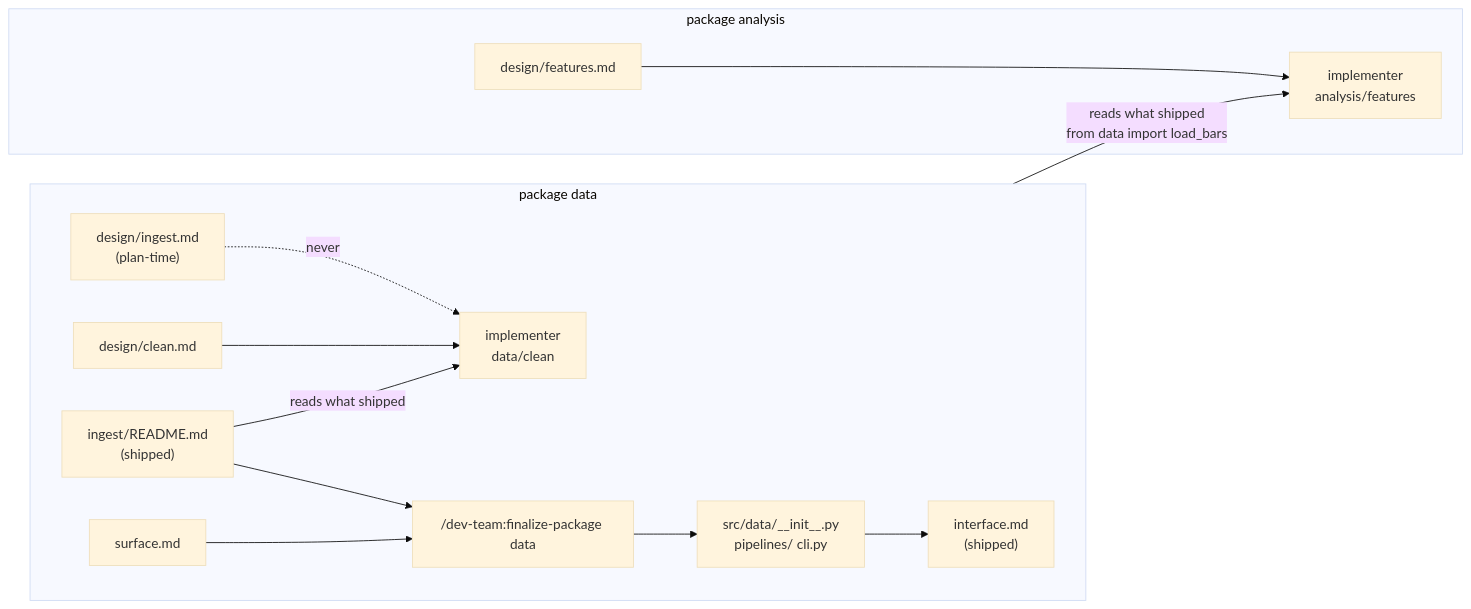
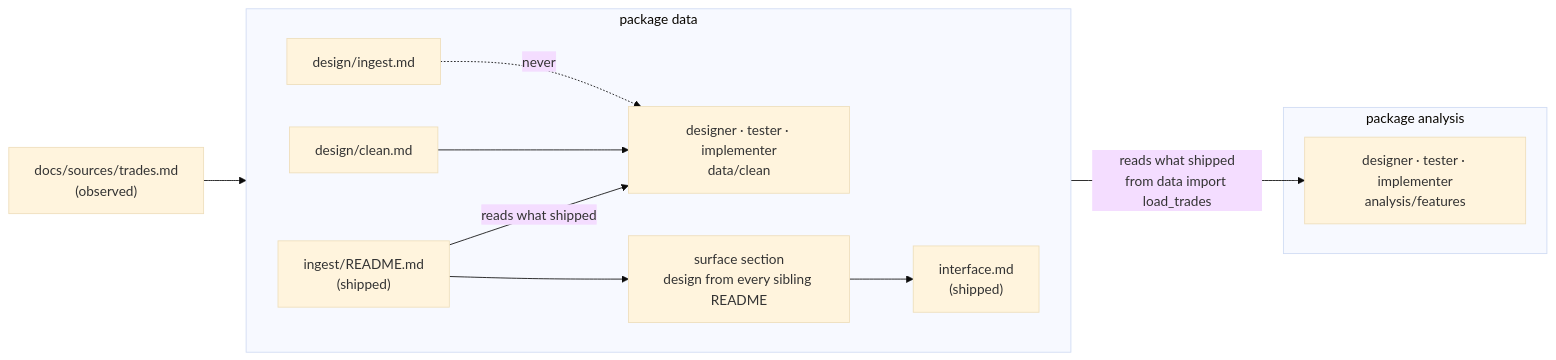
The first of 3 diagrams in dev-team/site/flow.md (cott435/cott-plugins), drawn with Mermaid (base theme) before and after one commit. The commit also changed other lines of this file and 39 other files, not shown here.

First line of the commit message:
dev-team remake (phase 11): removed skills deleted; README, site, changelog; end-to-end eval

````diff
--- a/dev-team/site/flow.md
+++ b/dev-team/site/flow.md
@@ -16,26 +22,21 @@
 ```mermaid
 flowchart LR
   subgraph data["package data"]
     direction LR
-    ingD["design/ingest.md<br/>(plan-time)"]
+    ingD["design/ingest.md"]
     ingR["ingest/README.md<br/>(shipped)"]
     clnD["design/clean.md"]
-    cln["implementer<br/>data/clean"]
-    surf["surface.md"]
-    fin["/dev-team:finalize-package data"]
-    init["src/data/__init__.py<br/>pipelines/ cli.py"]
+    cln["designer · tester · implementer<br/>data/clean"]
+    surf["surface section<br/>design from every sibling README"]
     iface["interface.md<br/>(shipped)"]
     clnD --> cln
     ingR -- "reads what shipped" --> cln
     ingD -. "never" .-> cln
-    surf --> fin
-    ingR --> fin
-    fin --> init --> iface
+    ingR --> surf --> iface
   end
+  src["docs/sources/trades.md<br/>(observed)"] --> cln
   subgraph analysis["package analysis"]
-    featD["design/features.md"]
-    feat["implementer<br/>analysis/features"]
-    featD --> feat
+    feat["designer · tester · implementer<br/>analysis/features"]
   end
-  iface -- "reads what shipped<br/>from data import load_bars" --> feat
+  iface -- "reads what shipped<br/>from data import load_trades" --> feat
 ```
````
